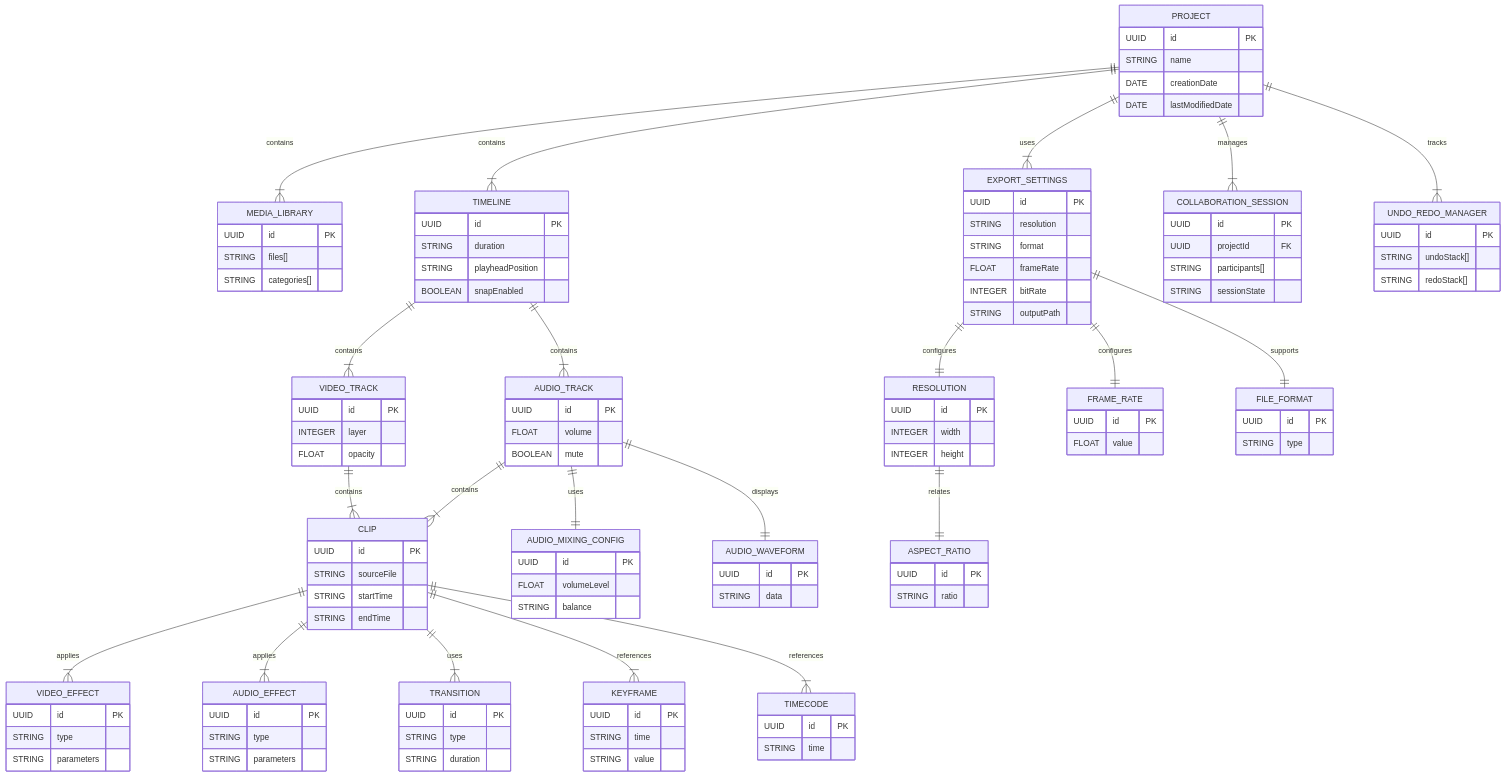
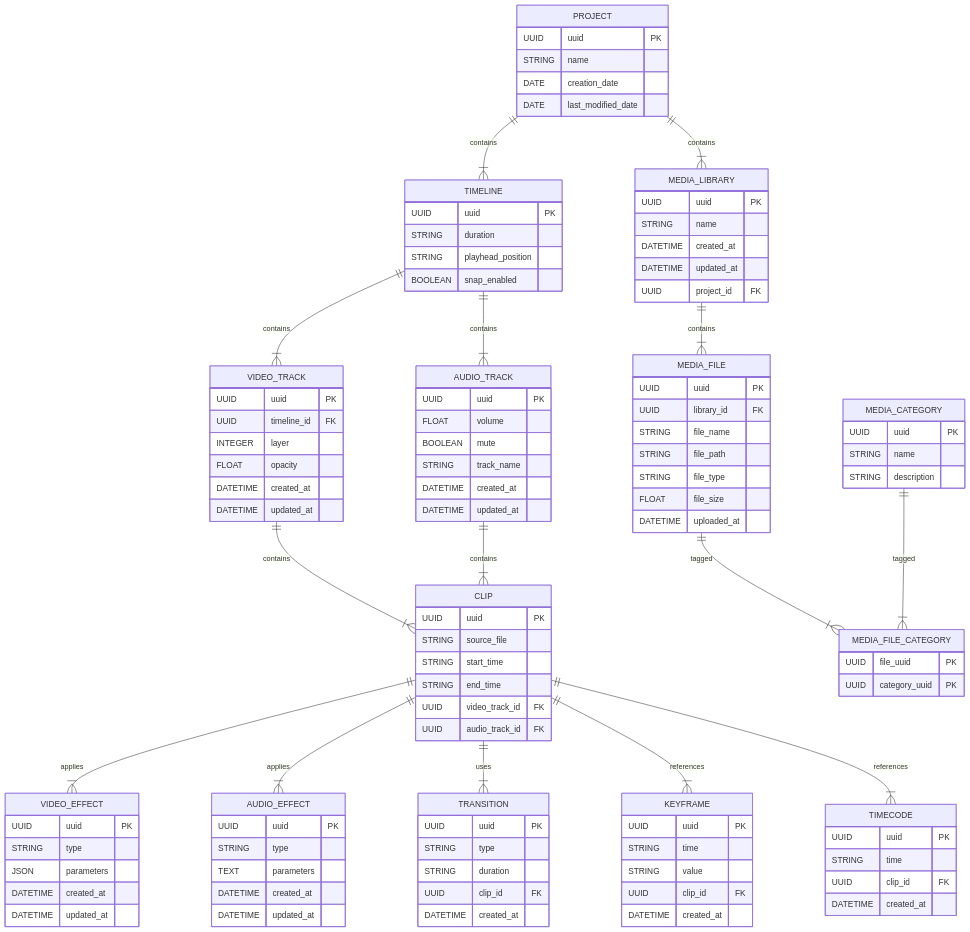
Before and after one commit to qtvhao/quickcurl: the diagram in docs/usecases/VideoEditor/erdiagram.mmd, drawn with Mermaid. The commit also changed 1 other file, not shown here.

Commit message:
Refactor ER diagram in VideoEditor to standardize UUID naming and enhance entity relationships

```diff
--- a/docs/usecases/VideoEditor/erdiagram.mmd
+++ b/docs/usecases/VideoEditor/erdiagram.mmd
@@ -1,152 +1,131 @@
 erDiagram
 %%========== ENTITIES ==========%%
 PROJECT {
-  UUID id PK
+  UUID uuid PK
   STRING name
-  DATE creationDate
-  DATE lastModifiedDate
+  DATE creation_date
+  DATE last_modified_date
+}
+
+TIMELINE {
+  UUID uuid PK
+  STRING duration
+  STRING playhead_position
+  BOOLEAN snap_enabled
+}
+
+AUDIO_TRACK {
+  UUID uuid PK
+  FLOAT volume
+  BOOLEAN mute
+  STRING track_name
+  DATETIME created_at
+  DATETIME updated_at
+}
+
+VIDEO_TRACK {
+  UUID uuid PK
+  UUID timeline_id FK
+  INTEGER layer
+  FLOAT opacity
+  DATETIME created_at
+  DATETIME updated_at
+}
+
+CLIP {
+  UUID uuid PK
+  STRING source_file
+  STRING start_time
+  STRING end_time
+  UUID video_track_id FK
+  UUID audio_track_id FK
+}
+
+VIDEO_EFFECT {
+  UUID uuid PK
+  STRING type
+  JSON parameters
+  DATETIME created_at
+  DATETIME updated_at
+}
+
+AUDIO_EFFECT {
+  UUID uuid PK
+  STRING type
+  TEXT parameters
+  DATETIME created_at
+  DATETIME updated_at
+}
+
+TRANSITION {
+  UUID uuid PK
+  STRING type
+  STRING duration
+  UUID clip_id FK
+  DATETIME created_at
+}
+
+KEYFRAME {
+  UUID uuid PK
+  STRING time
+  STRING value
+  UUID clip_id FK
+  DATETIME created_at
+}
+
+TIMECODE {
+  UUID uuid PK
+  STRING time
+  UUID clip_id FK
+  DATETIME created_at
 }
 
 MEDIA_LIBRARY {
-  UUID id PK
-  STRING files[]
-  STRING categories[]
+  UUID uuid PK
+  STRING name
+  DATETIME created_at
+  DATETIME updated_at
+  UUID project_id FK
 }
 
-TIMELINE {
-  UUID id PK
-  STRING duration
-  STRING playheadPosition
-  BOOLEAN snapEnabled
+MEDIA_FILE {
+  UUID uuid PK
+  UUID library_id FK
+  STRING file_name
+  STRING file_path
+  STRING file_type
+  FLOAT file_size
+  DATETIME uploaded_at
 }
 
-VIDEO_TRACK {
-  UUID id PK
-  INTEGER layer
-  FLOAT opacity
+MEDIA_CATEGORY {
+  UUID uuid PK
+  STRING name
+  STRING description
 }
 
-AUDIO_TRACK {
-  UUID id PK
-  FLOAT volume
-  BOOLEAN mute
-}
-
-CLIP {
-  UUID id PK
-  STRING sourceFile
-  STRING startTime
-  STRING endTime
-}
-
-TRANSITION {
-  UUID id PK
-  STRING type
-  STRING duration
-}
-
-COLLABORATION_SESSION {
-  UUID id PK
-  UUID projectId FK
-  STRING participants[]
-  STRING sessionState
-}
-
-EXPORT_SETTINGS {
-  UUID id PK
-  STRING resolution
-  STRING format
-  FLOAT frameRate
-  INTEGER bitRate
-  STRING outputPath
-}
-
-UNDO_REDO_MANAGER {
-  UUID id PK
-  STRING undoStack[]
-  STRING redoStack[]
-}
-
-%%========== VALUE OBJECTS ==========%%
-RESOLUTION {
-  UUID id PK
-  INTEGER width
-  INTEGER height
-}
-
-FRAME_RATE {
-  UUID id PK
-  FLOAT value
-}
-
-FILE_FORMAT {
-  UUID id PK
-  STRING type
-}
-
-TIMECODE {
-  UUID id PK
-  STRING time
-}
-
-VIDEO_EFFECT {
-  UUID id PK
-  STRING type
-  STRING parameters
-}
-
-AUDIO_EFFECT {
-  UUID id PK
-  STRING type
-  STRING parameters
-}
-
-KEYFRAME {
-  UUID id PK
-  STRING time
-  STRING value
-}
-
-AUDIO_MIXING_CONFIG {
-  UUID id PK
-  FLOAT volumeLevel
-  STRING balance
-}
-
-ASPECT_RATIO {
-  UUID id PK
-  STRING ratio
-}
-
-AUDIO_WAVEFORM {
-  UUID id PK
-  STRING data
+MEDIA_FILE_CATEGORY {
+  UUID file_uuid PK
+  UUID category_uuid PK
 }
 
 %%========== RELATIONSHIPS ==========%%
+
+PROJECT ||--|{ TIMELINE : contains
 PROJECT ||--|{ MEDIA_LIBRARY : contains
-PROJECT ||--|{ TIMELINE : contains
-PROJECT ||--|{ EXPORT_SETTINGS : uses
-PROJECT ||--|{ COLLABORATION_SESSION : manages
-PROJECT ||--|{ UNDO_REDO_MANAGER : tracks
 
 TIMELINE ||--|{ VIDEO_TRACK : contains
 TIMELINE ||--|{ AUDIO_TRACK : contains
 
 VIDEO_TRACK ||--|{ CLIP : contains
 AUDIO_TRACK ||--|{ CLIP : contains
 
 CLIP ||--|{ VIDEO_EFFECT : applies
 CLIP ||--|{ AUDIO_EFFECT : applies
 CLIP ||--|{ TRANSITION : uses
 CLIP ||--|{ KEYFRAME : references
 CLIP ||--|{ TIMECODE : references
 
-EXPORT_SETTINGS ||--|| RESOLUTION : configures
-EXPORT_SETTINGS ||--|| FRAME_RATE : configures
-EXPORT_SETTINGS ||--|| FILE_FORMAT : supports
-
-AUDIO_TRACK ||--|| AUDIO_MIXING_CONFIG : uses
-AUDIO_TRACK ||--|| AUDIO_WAVEFORM : displays
-
-RESOLUTION ||--|| ASPECT_RATIO : relates
+MEDIA_LIBRARY ||--|{ MEDIA_FILE : contains
+MEDIA_FILE ||--|{ MEDIA_FILE_CATEGORY : tagged
+MEDIA_CATEGORY ||--|{ MEDIA_FILE_CATEGORY : tagged
```
